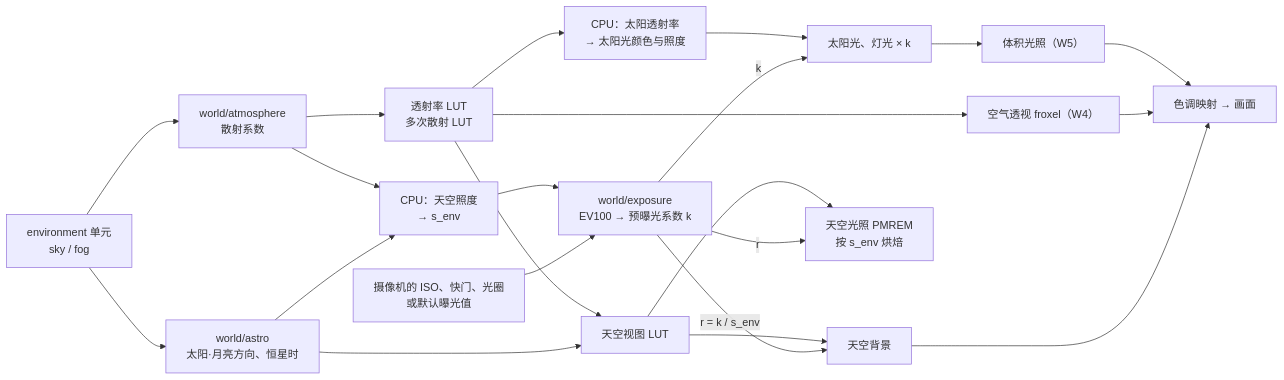
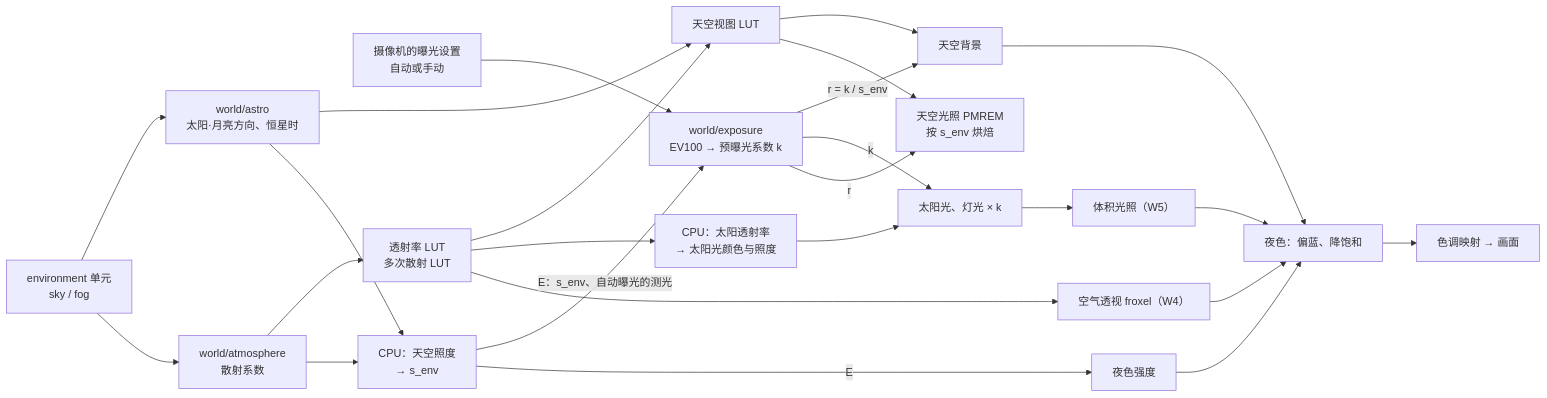
Before and after one commit to ltwin/customer_manage_platform: the diagram in .lti/features/2026-10-22-scene-world-environment/design.md, drawn with Mermaid. The commit also changed other lines of this file and 4 other files, not shown here.

````diff
--- a/.lti/features/2026-10-22-scene-world-environment/design.md
+++ b/.lti/features/2026-10-22-scene-world-environment/design.md
@@ -113,24 +118,27 @@
 ```mermaid
 flowchart LR
   env[environment 单元<br/>sky / fog] --> astro[world/astro<br/>太阳·月亮方向、恒星时]
-  cam[摄像机的 ISO、快门、光圈<br/>或默认曝光值] --> expo[world/exposure<br/>EV100 → 预曝光系数 k]
+  cam[摄像机的曝光设置<br/>自动或手动] --> expo[world/exposure<br/>EV100 → 预曝光系数 k]
   env --> atm[world/atmosphere<br/>散射系数]
   atm --> lut1[透射率 LUT<br/>多次散射 LUT]
   astro --> lut2[天空视图 LUT]
   lut1 --> lut2
   lut1 --> sunc[CPU：太阳透射率<br/>→ 太阳光颜色与照度]
   astro --> senv[CPU：天空照度<br/>→ s_env]
   atm --> senv
-  senv --> expo
+  senv -->|E：s_env、自动曝光的测光| expo
+  senv -->|E| look[夜色强度]
   expo -->|r = k / s_env| sky[天空背景]
   expo -->|k| lights[太阳光、灯光 × k]
   expo -->|r| pmrem[天空光照 PMREM<br/>按 s_env 烘焙]
   lut2 --> sky
   lut2 --> pmrem
   sunc --> lights
   lut1 --> ap[空气透视 froxel（W4）]
   lights --> vol[体积光照（W5）]
-  sky --> out[色调映射 → 画面]
-  ap --> out
-  vol --> out
+  sky --> look2[夜色：偏蓝、降饱和]
+  look --> look2
+  look2 --> out[色调映射 → 画面]
+  ap --> look2
+  vol --> look2
 ```
````
